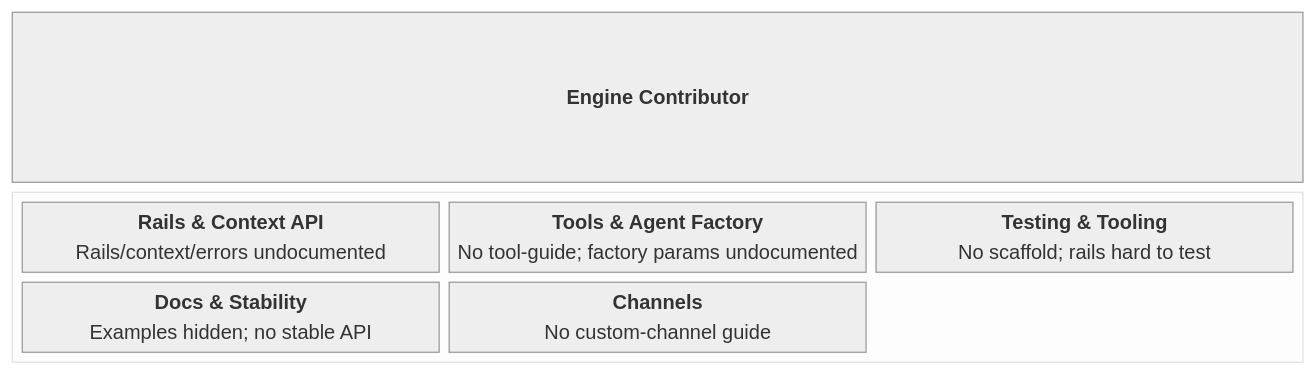
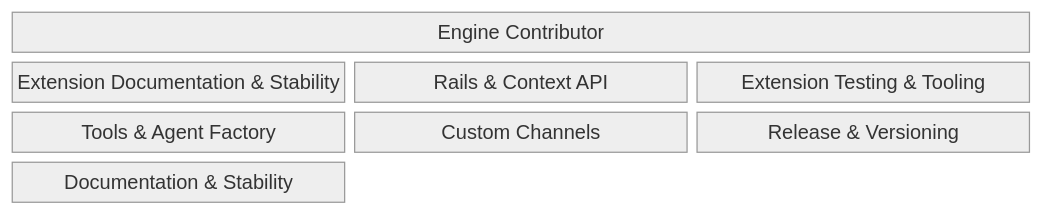
Before and after one commit to michaelatamuk/openjiuwen-jiuwenswarm: the diagram in docs-michael/usability/slides/personas-mermaid/engine-contributor.md, drawn with Mermaid (neutral theme). The commit also changed other lines of this file and 20 other files, not shown here.

````diff
--- a/docs-michael/usability/slides/personas-mermaid/engine-contributor.md
+++ b/docs-michael/usability/slides/personas-mermaid/engine-contributor.md
@@ -5,10 +5,8 @@
 ```mermaid
 block-beta
   columns 3
-  P["<b>Engine Contributor</b>"]:3
-  block:b0:3
-    columns 3
-    n1["<b>Rails &amp; Context API</b>\nRails/context/errors undocumented"] n2["<b>Tools &amp; Agent Factory</b>\nNo tool-guide; factory params undocumented"] n3["<b>Testing &amp; Tooling</b>\nNo scaffold; rails hard to test"]
-    n4["<b>Docs &amp; Stability</b>\nExamples hidden; no stable API"] n5["<b>Channels</b>\nNo custom-channel guide"]
-  end
+  P["Engine Contributor"]:3
+  G1["Extension Documentation & Stability"] G2["Rails & Context API"] G3["Extension Testing & Tooling"]
+  G4["Tools & Agent Factory"] G5["Custom Channels"] G6["Release & Versioning"]
+  G7["Documentation & Stability"]
 ```
````
